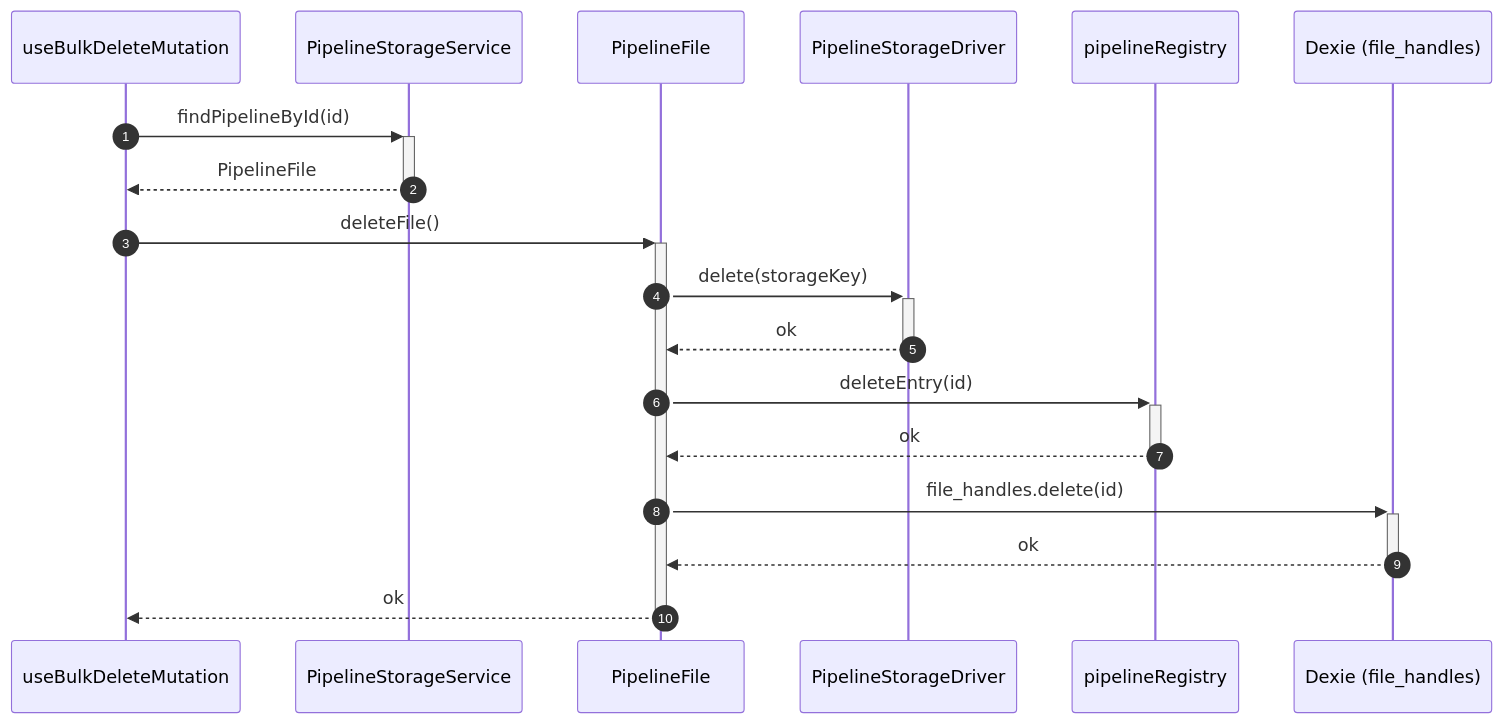
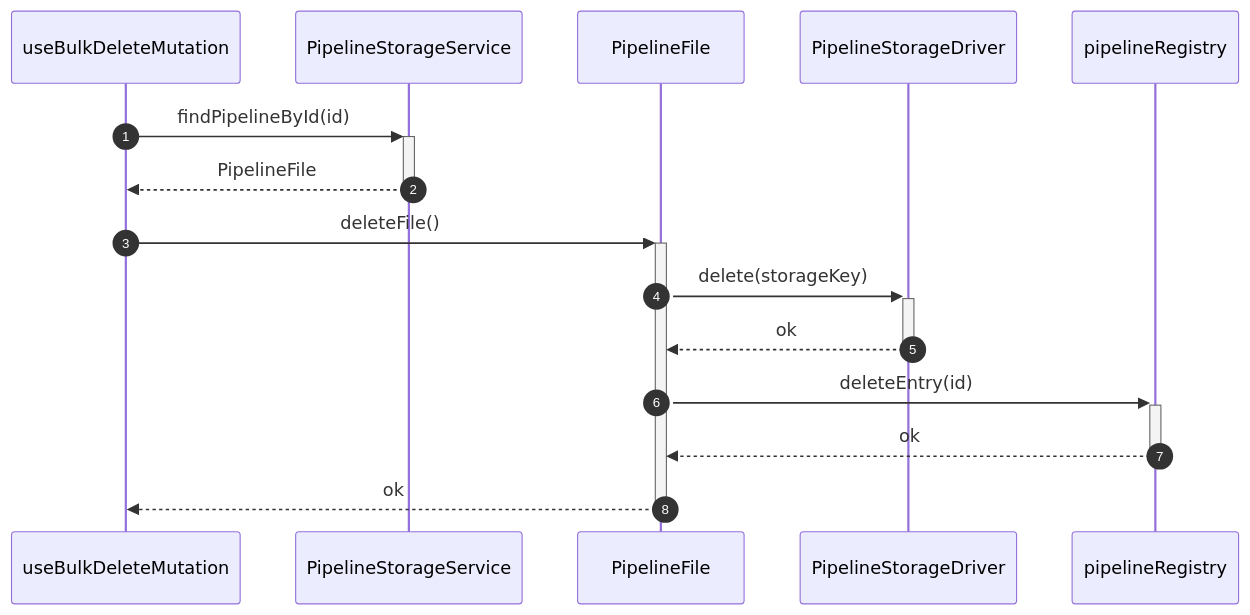
Before and after one commit to TangleML/tangle-ui: the ninth of 10 diagrams in src/services/pipelineStorage/ARCHITECTURE.md, drawn with Mermaid. The commit also changed other lines of this file and 19 other files, not shown here.

````diff
--- a/src/services/pipelineStorage/ARCHITECTURE.md
+++ b/src/services/pipelineStorage/ARCHITECTURE.md
@@ -559,22 +551,18 @@
 ```mermaid
 sequenceDiagram
     autonumber
     participant UI as useBulkDeleteMutation
     participant Service as PipelineStorageService
     participant File as PipelineFile
     participant Driver as PipelineStorageDriver
     participant Registry as pipelineRegistry
-    participant DB as Dexie (file_handles)
-
     UI->>+Service: findPipelineById(id)
     Service-->>-UI: PipelineFile
 
     UI->>+File: deleteFile()
     File->>+Driver: delete(storageKey)
     Driver-->>-File: ok
     File->>+Registry: deleteEntry(id)
     Registry-->>-File: ok
-    File->>+DB: file_handles.delete(id)
-    DB-->>-File: ok
     File-->>-UI: ok
 ```
````
